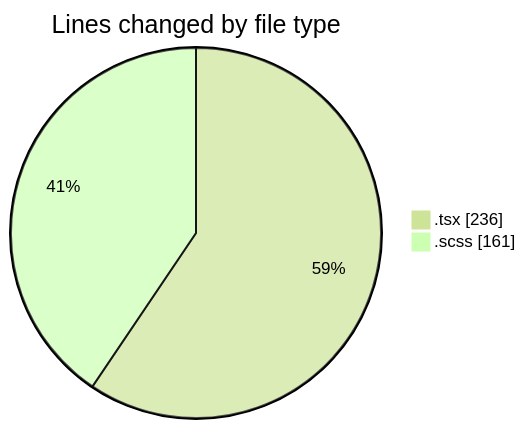
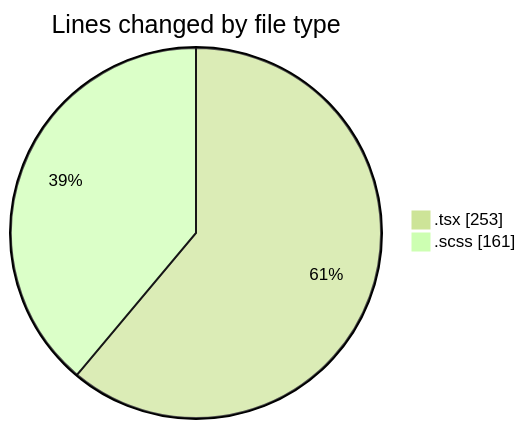
Before and after one commit to momahboobian/code-tracking: the first of 2 diagrams in 2025-09-16/cda/README.md, drawn with Mermaid (forest theme). The commit also changed other lines of this file and 1 other file, not shown here.

````diff
--- a/2025-09-16/cda/README.md
+++ b/2025-09-16/cda/README.md
@@ -22,6 +22,6 @@
 ```mermaid
 pie showData
 title Lines changed by file type
-".tsx" : 236
+".tsx" : 253
 ".scss" : 161
 ```
````
